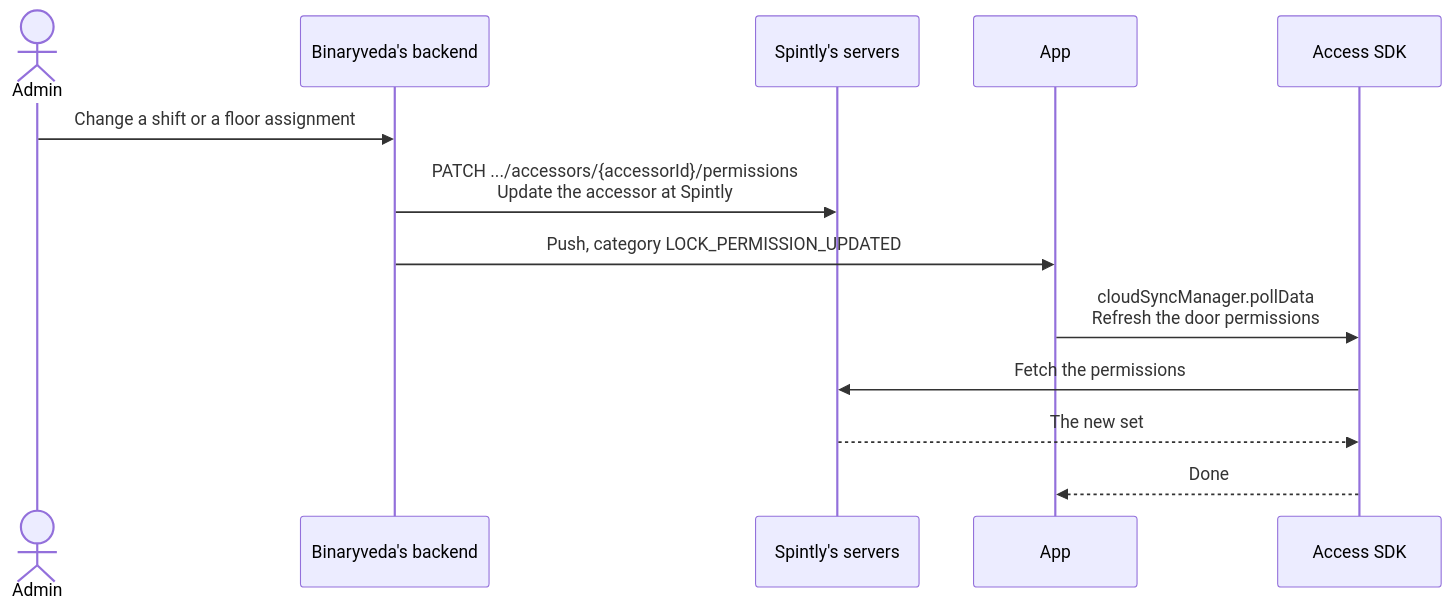
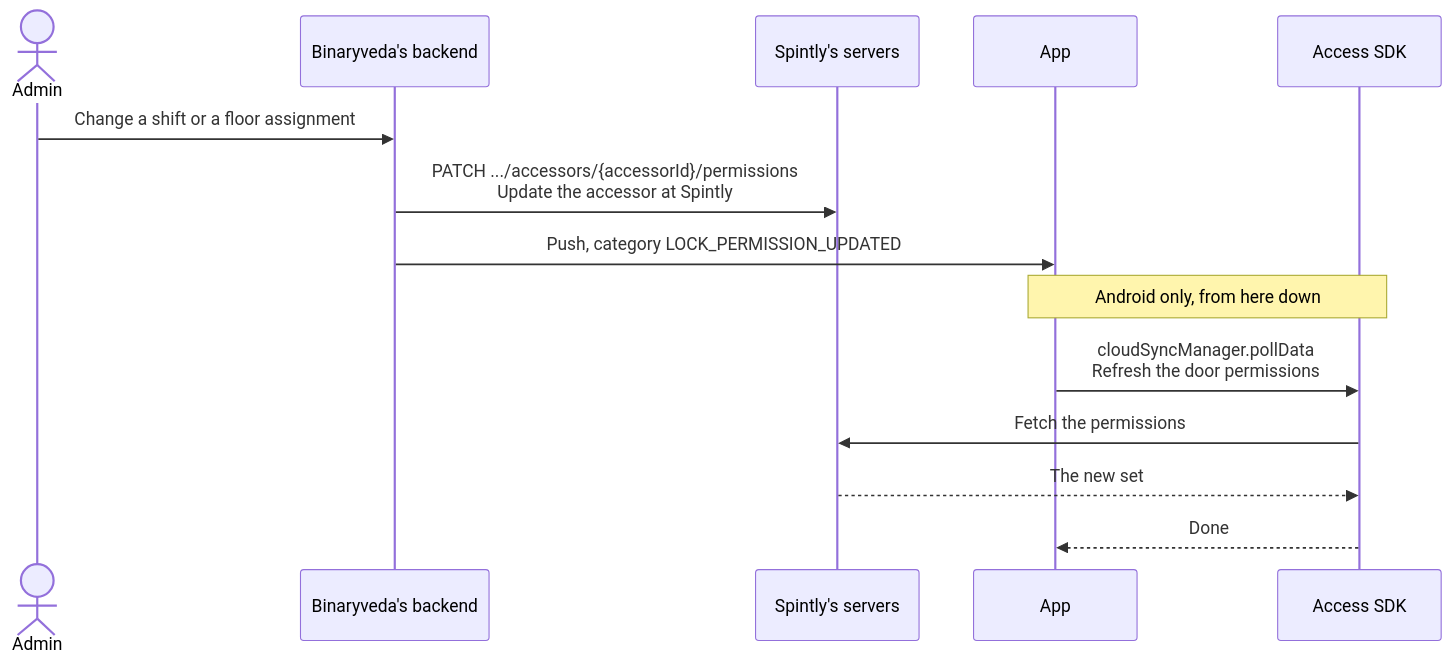
The fourth of 6 diagrams in docs/staff/notifications.md (Yash-Wadatkar-Binaryveda/sdk-docs-site), drawn with Mermaid before and after one commit. The commit also changed other lines of this file and 58 other files, not shown here.

````diff
--- a/docs/staff/notifications.md
+++ b/docs/staff/notifications.md
@@ -131,16 +133,17 @@
 ```mermaid
 sequenceDiagram
     actor Ad as Admin
     participant B as Binaryveda's backend
     participant SP as Spintly's servers
     participant A as App
     participant S as Access SDK
 
     Ad->>B: Change a shift or a floor assignment
     B->>SP: PATCH .../accessors/{accessorId}/permissions<br/>Update the accessor at Spintly
     B->>A: Push, category LOCK_PERMISSION_UPDATED
+    Note over A,S: Android only, from here down
     A->>S: cloudSyncManager.pollData<br/>Refresh the door permissions
     S->>SP: Fetch the permissions
     SP-->>S: The new set
     S-->>A: Done
 ```
````
